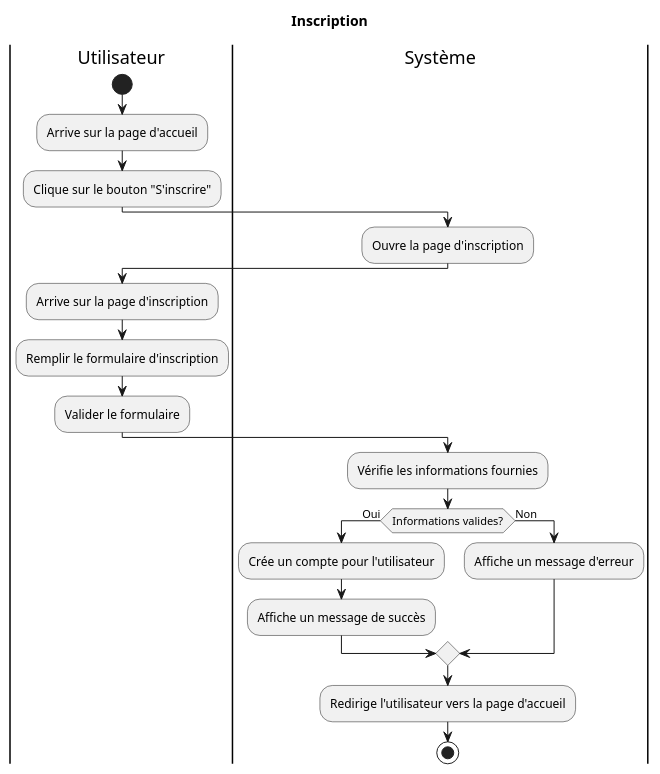
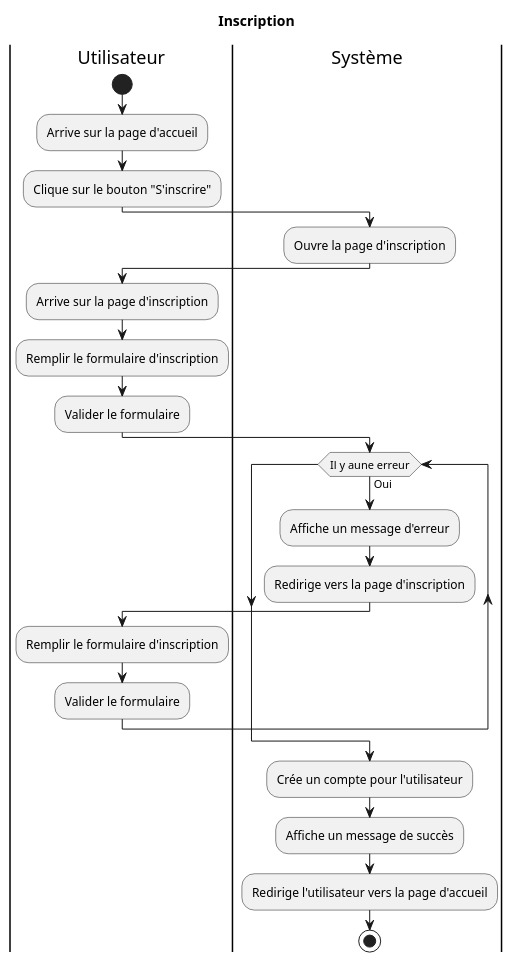
The diagram in Conception/activite/inscription.puml (AurelienDillies/Primeo), drawn with PlantUML before and after one commit. The commit also changed 1 other file, not shown here.

Commit message:
Correction connexion inscription

```diff
--- a/Conception/activite/inscription.puml
+++ b/Conception/activite/inscription.puml
@@ -1,25 +1,28 @@
 @startuml Inscription
 
 title Inscription
 
 |Utilisateur|
 start
 :Arrive sur la page d'accueil;
 :Clique sur le bouton "S'inscrire";
 |Système|
 :Ouvre la page d'inscription;
 |Utilisateur|
 :Arrive sur la page d'inscription;
 :Remplir le formulaire d'inscription;
 :Valider le formulaire;
 |Système|
-:Vérifie les informations fournies;
-if (Informations valides?) then (Oui)
-  :Crée un compte pour l'utilisateur;
-  :Affiche un message de succès;
-else (Non)
+while (Il y aune erreur) is (Oui)
   :Affiche un message d'erreur;
-endif
+  :Redirige vers la page d'inscription;
+  |Utilisateur|
+  :Remplir le formulaire d'inscription;
+  :Valider le formulaire;
+end while
+|Système|
+:Crée un compte pour l'utilisateur;
+:Affiche un message de succès;
 :Redirige l'utilisateur vers la page d'accueil;
 stop
 @enduml
```
